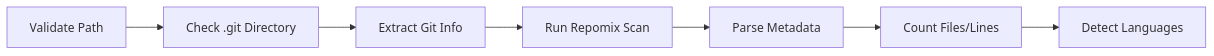
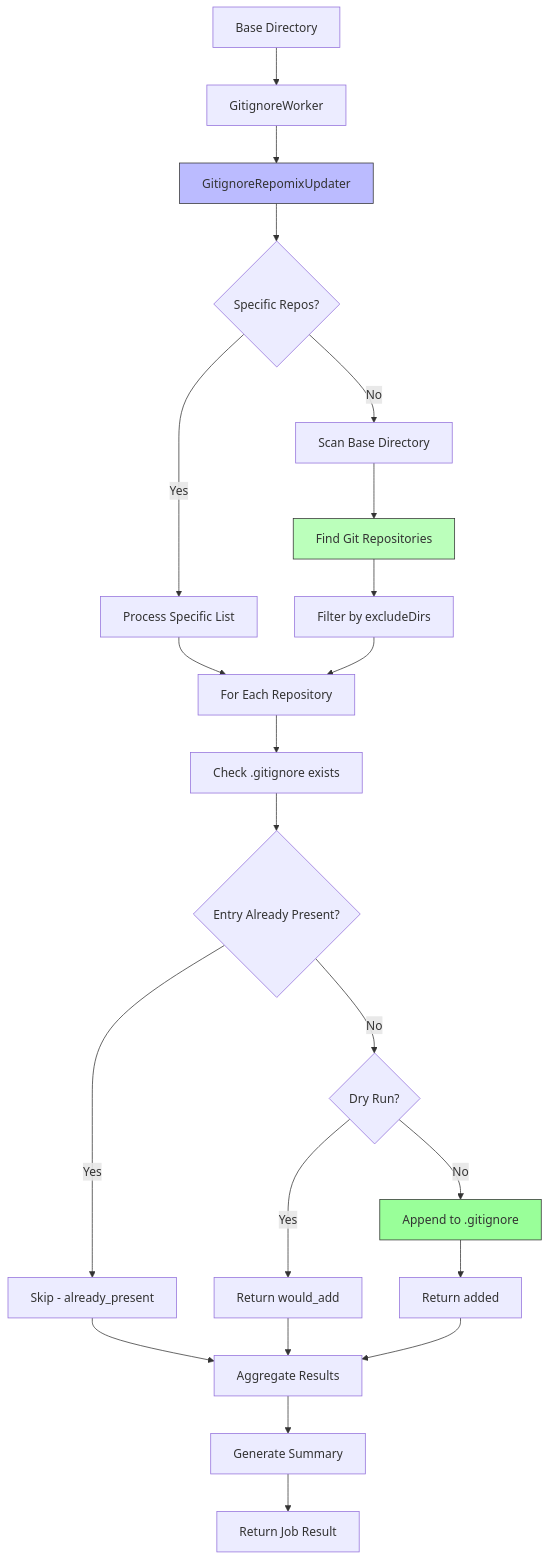
The sixth of 12 diagrams in docs/architecture/pipeline-data-flow.md (integritystudio/AlephAuto), drawn with Mermaid before and after one commit. The commit also changed other lines of this file, not shown here.

First line of the commit message:
docs: expand pipeline data flow to cover all 9 workflows

````diff
--- a/docs/architecture/pipeline-data-flow.md
+++ b/docs/architecture/pipeline-data-flow.md
@@ -106,9 +545,28 @@
 ```mermaid
-graph LR
-    A[Validate Path] --> B[Check .git Directory]
-    B --> C[Extract Git Info]
-    C --> D[Run Repomix Scan]
-    D --> E[Parse Metadata]
-    E --> F[Count Files/Lines]
-    F --> G[Detect Languages]
+graph TB
+    A[Base Directory] --> B[GitignoreWorker]
+    B --> C[GitignoreRepomixUpdater]
+    C --> D{Specific Repos?}
+    D -->|Yes| E[Process Specific List]
+    D -->|No| F[Scan Base Directory]
+    F --> G[Find Git Repositories]
+    G --> H[Filter by excludeDirs]
+    E --> I[For Each Repository]
+    H --> I
+    I --> J[Check .gitignore exists]
+    J --> K{Entry Already Present?}
+    K -->|Yes| L[Skip - already_present]
+    K -->|No| M{Dry Run?}
+    M -->|Yes| N[Return would_add]
+    M -->|No| O[Append to .gitignore]
+    O --> P[Return added]
+    L --> Q[Aggregate Results]
+    N --> Q
+    P --> Q
+    Q --> R[Generate Summary]
+    R --> S[Return Job Result]
+
+    style C fill:#bbf,stroke:#333
+    style G fill:#bfb,stroke:#333
+    style O fill:#9f9,stroke:#333
 ```
````
